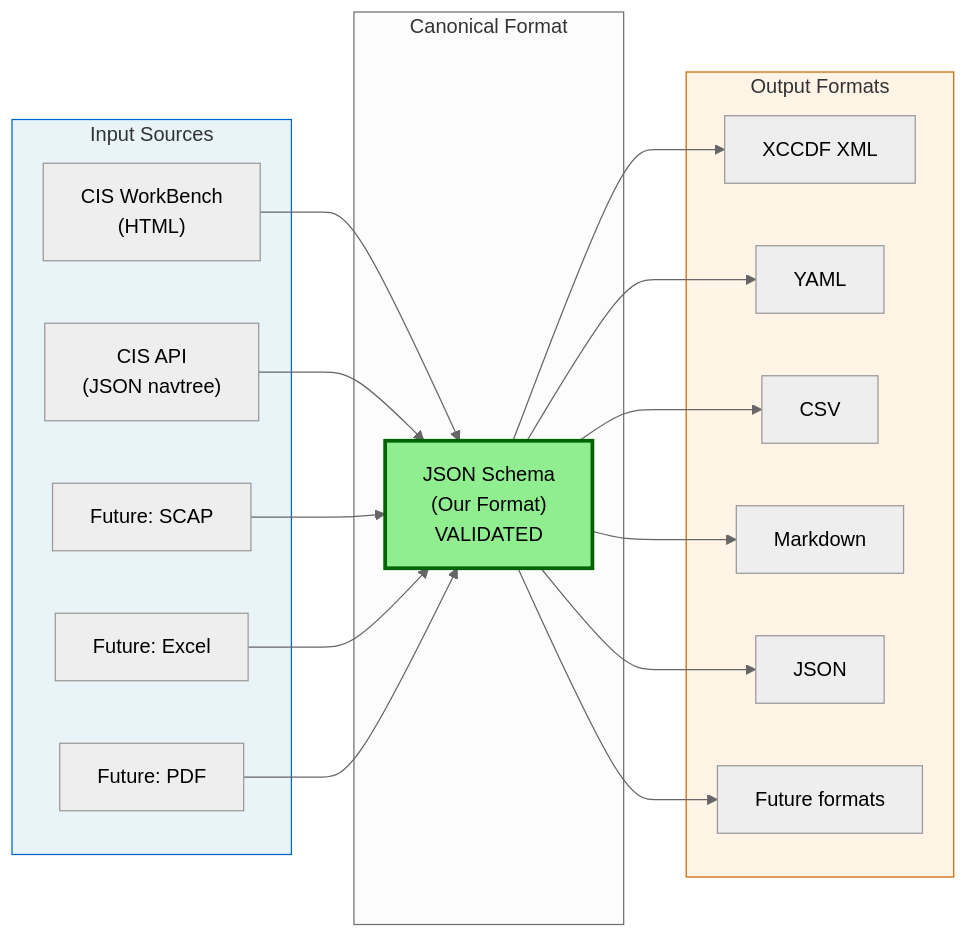
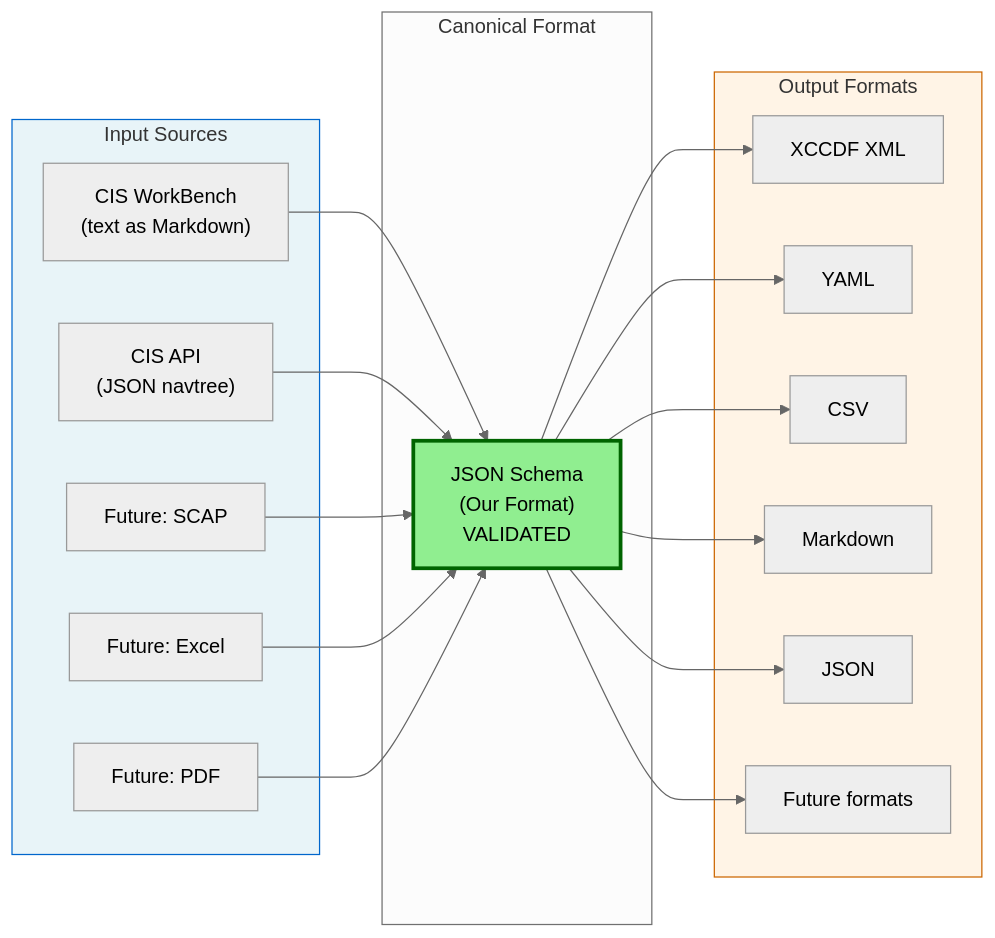
One commit to mitre/cis-bench changed the first of 3 diagrams in docs/technical-reference/data-model.md. Above: the diagram before and after it, drawn with Mermaid (neutral theme). The commit also changed other lines of this file and 10 other files, not shown here.

First line of the commit message:
feat(model): load copies saved by the v1 scraper with their text as Markdown, and every copy's line breaks as \n

````diff
--- a/docs/technical-reference/data-model.md
+++ b/docs/technical-reference/data-model.md
@@ -15,40 +15,40 @@
 ```mermaid
 flowchart LR
     subgraph Input["Input Sources"]
-        WB["CIS WorkBench<br/>(HTML)"]
+        WB["CIS WorkBench<br/>(text as Markdown)"]
         API["CIS API<br/>(JSON navtree)"]
         SCAP["Future: SCAP"]
         EXCEL["Future: Excel"]
         PDF["Future: PDF"]
     end
 
     subgraph Canonical["Canonical Format"]
         SCHEMA["JSON Schema<br/>(Our Format)<br/>VALIDATED"]
     end
 
     subgraph Output["Output Formats"]
         XCCDF["XCCDF XML"]
         YAML["YAML"]
         CSV["CSV"]
         MD["Markdown"]
         JSON["JSON"]
         FUTURE["Future formats"]
     end
 
     WB --> SCHEMA
     API --> SCHEMA
     SCAP --> SCHEMA
     EXCEL --> SCHEMA
     PDF --> SCHEMA
 
     SCHEMA --> XCCDF
     SCHEMA --> YAML
     SCHEMA --> CSV
     SCHEMA --> MD
     SCHEMA --> JSON
     SCHEMA --> FUTURE
 
     style SCHEMA fill:#90EE90,stroke:#006400,stroke-width:3px
     style Input fill:#E8F4F8,stroke:#0066CC
     style Output fill:#FFF4E6,stroke:#CC6600
 ```
````
